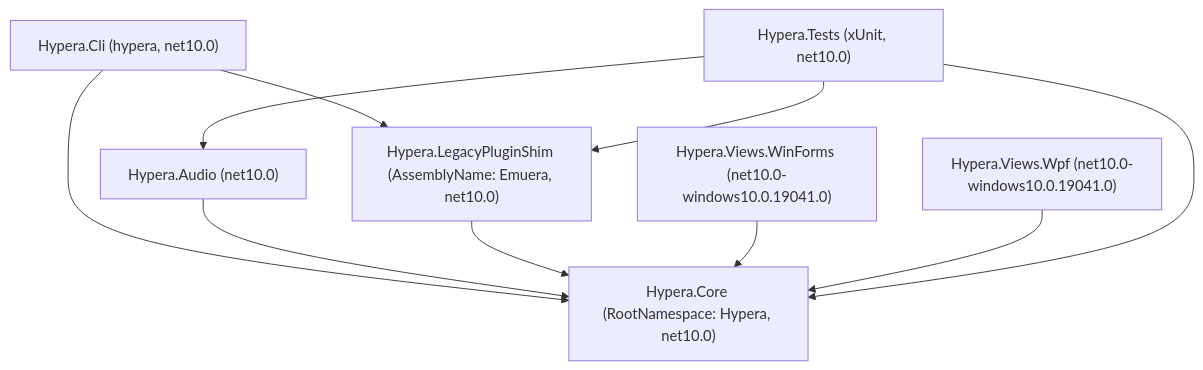
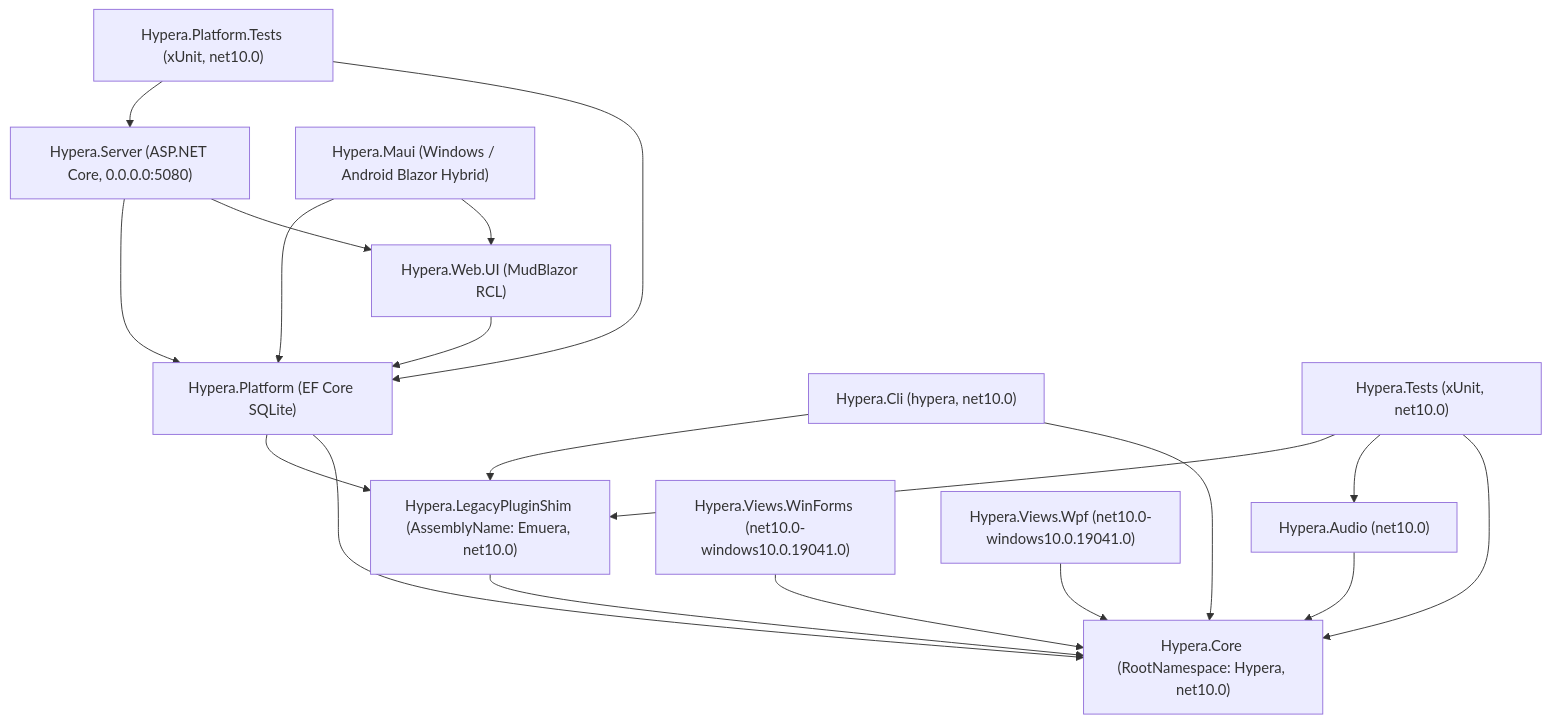
Before and after one commit to IMJoyJ/Hypera: the diagram in docs/architecture.md, drawn with Mermaid. The commit also changed other lines of this file and 107 other files, not shown here.

Commit message:
feat: add localized diagnostics, Hypera.Platform, MudBlazor Web.UI, Server, and MAUI Hybrid

````diff
--- a/docs/architecture.md
+++ b/docs/architecture.md
@@ -17,12 +17,21 @@
 ```mermaid
 flowchart TD
-    CLI["Hypera.Cli (hypera, net10.0)"] --> Core["Hypera.Core (RootNamespace: Hypera, net10.0)"]
-    CLI --> Shim["Hypera.LegacyPluginShim (AssemblyName: Emuera, net10.0)"]
+    Server["Hypera.Server (ASP.NET Core, 0.0.0.0:5080)"] --> WebUI["Hypera.Web.UI (MudBlazor RCL)"]
+    Server --> Platform["Hypera.Platform (EF Core SQLite)"]
+    Maui["Hypera.Maui (Windows / Android Blazor Hybrid)"] --> WebUI
+    Maui --> Platform
+    WebUI --> Platform
+    Platform --> Core["Hypera.Core (RootNamespace: Hypera, net10.0)"]
+    Platform --> Shim["Hypera.LegacyPluginShim (AssemblyName: Emuera, net10.0)"]
+    CLI["Hypera.Cli (hypera, net10.0)"] --> Core
+    CLI --> Shim
     Audio["Hypera.Audio (net10.0)"] --> Core
     Shim --> Core
     WinForms["Hypera.Views.WinForms (net10.0-windows10.0.19041.0)"] --> Core
     Wpf["Hypera.Views.Wpf (net10.0-windows10.0.19041.0)"] --> Core
     Tests["Hypera.Tests (xUnit, net10.0)"] --> Core
     Tests --> Audio
     Tests --> Shim
+    PlatformTests["Hypera.Platform.Tests (xUnit, net10.0)"] --> Platform
+    PlatformTests --> Server
 ```
````
